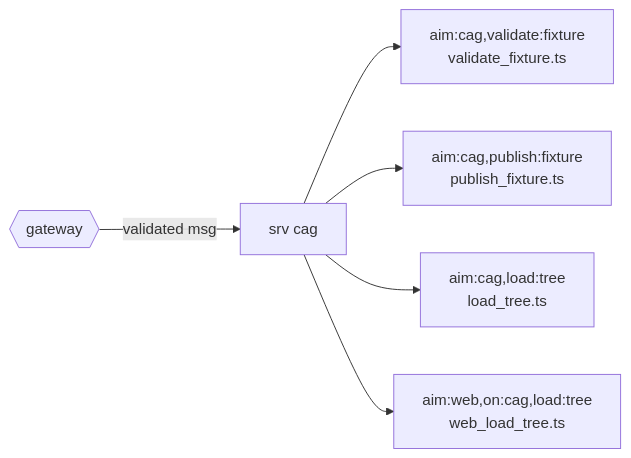
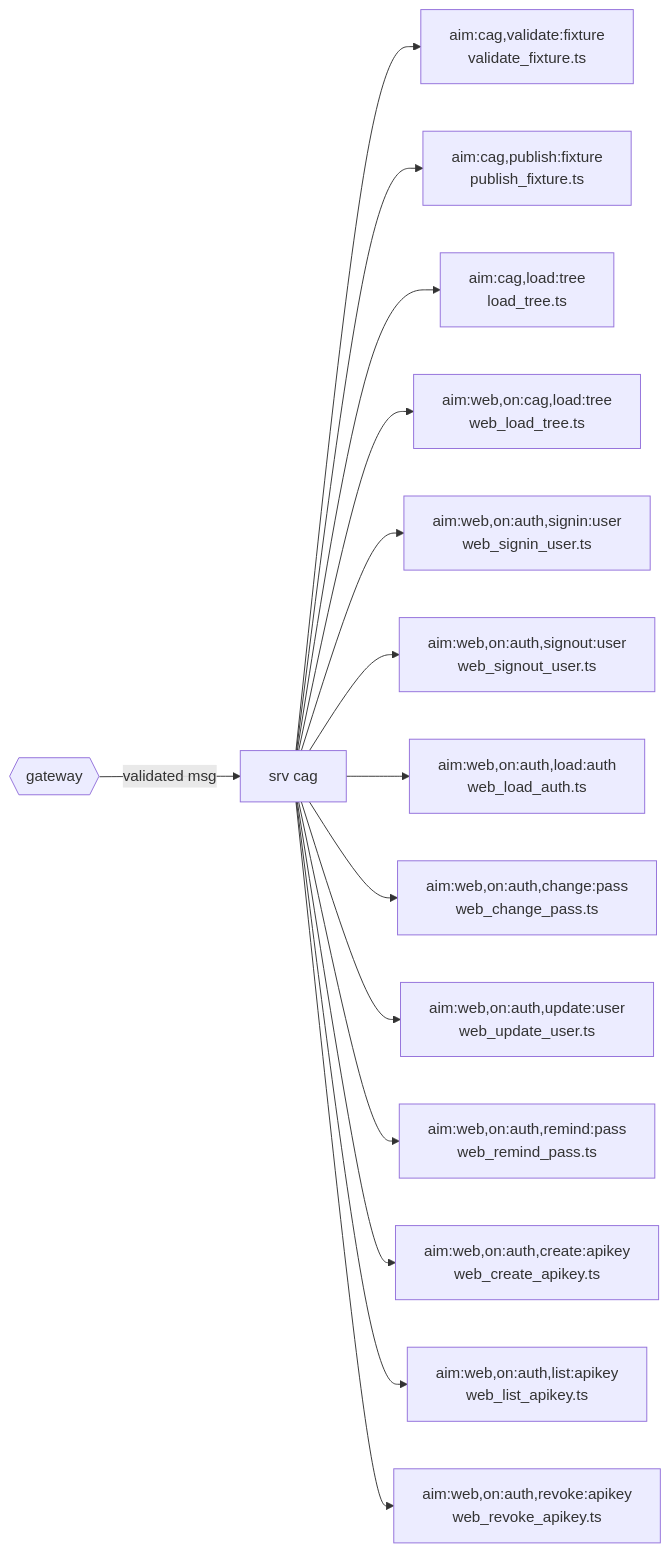
One commit to voxgig/conf-agenda changed the diagram in backend/src/srv/cag/README.md. Above: the diagram before and after it, drawn with Mermaid. The commit also changed other lines of this file and 9 other files, not shown here.

````diff
--- a/backend/src/srv/cag/README.md
+++ b/backend/src/srv/cag/README.md
@@ -21,8 +30,17 @@
 ```mermaid
 flowchart LR
   gateway{{gateway}} -->|validated msg| srv[srv cag]
   srv --> validate_fixture["aim:cag,validate:fixture<br>validate_fixture.ts"]
   srv --> publish_fixture["aim:cag,publish:fixture<br>publish_fixture.ts"]
   srv --> load_tree["aim:cag,load:tree<br>load_tree.ts"]
   srv --> web_load_tree["aim:web,on:cag,load:tree<br>web_load_tree.ts"]
+  srv --> web_signin_user["aim:web,on:auth,signin:user<br>web_signin_user.ts"]
+  srv --> web_signout_user["aim:web,on:auth,signout:user<br>web_signout_user.ts"]
+  srv --> web_load_auth["aim:web,on:auth,load:auth<br>web_load_auth.ts"]
+  srv --> web_change_pass["aim:web,on:auth,change:pass<br>web_change_pass.ts"]
+  srv --> web_update_user["aim:web,on:auth,update:user<br>web_update_user.ts"]
+  srv --> web_remind_pass["aim:web,on:auth,remind:pass<br>web_remind_pass.ts"]
+  srv --> web_create_apikey["aim:web,on:auth,create:apikey<br>web_create_apikey.ts"]
+  srv --> web_list_apikey["aim:web,on:auth,list:apikey<br>web_list_apikey.ts"]
+  srv --> web_revoke_apikey["aim:web,on:auth,revoke:apikey<br>web_revoke_apikey.ts"]
 ```
````
